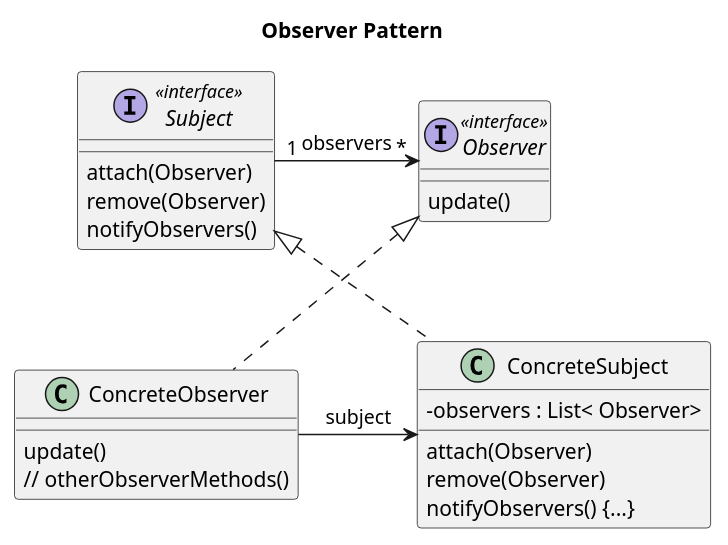
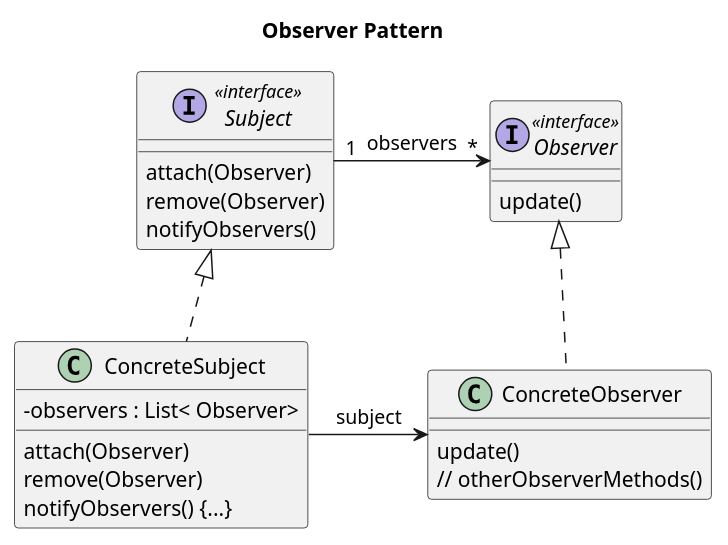
One commit to elmarkrainz/msd18-swdesign-despat changed the diagram in src/main/java/at/fhj/msd/swdesign/observer/observer.puml. Above: the diagram before and after it, drawn with PlantUML. The commit also changed 6 other files, not shown here.

```diff
--- a/src/main/java/at/fhj/msd/swdesign/observer/observer.puml
+++ b/src/main/java/at/fhj/msd/swdesign/observer/observer.puml
@@ -1,33 +1,35 @@
 @startuml
 
 
 
 skinparam classAttributeIconSize 0
 title Observer Pattern
 
 
 interface Subject <<interface>>
 interface Observer <<interface>>
+
+
 class ConcreteSubject
 class ConcreteObserver
 
 Subject : attach(Observer)
 Subject : remove(Observer)
 Subject : notifyObservers()
 
 Observer : update()
 ConcreteObserver : update()
 ConcreteObserver : // otherObserverMethods()
 
 ConcreteSubject : - observers : List< Observer>
 ConcreteSubject : attach(Observer)
 ConcreteSubject : remove(Observer)
 ConcreteSubject : notifyObservers() {...}
 
 Subject "1" -right-> "*" Observer : "observers"
 
-ConcreteSubject <-left- ConcreteObserver : "subject"
+ConcreteSubject -> ConcreteObserver : "subject"
 Subject <|.. ConcreteSubject
 Observer <|.. ConcreteObserver
 
 @enduml
```
